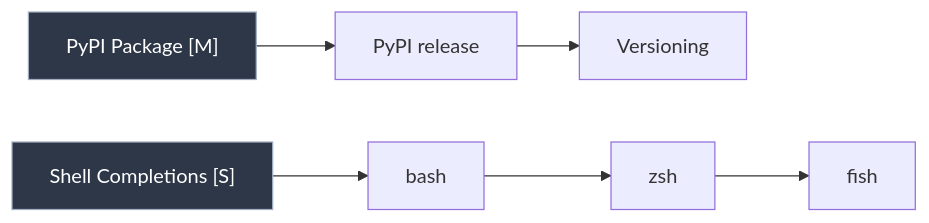
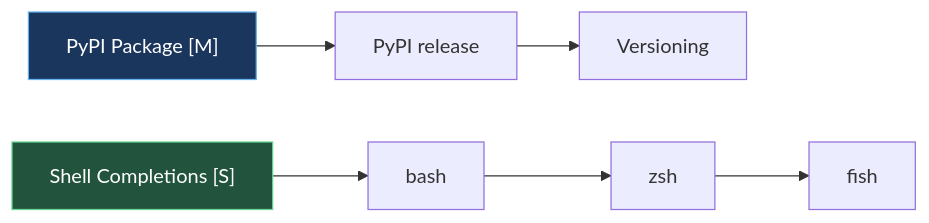
One commit to Miguel-EpicJS/ash-cli changed the sixth of 8 diagrams in ROADMAP.md. Above: the diagram before and after it, drawn with Mermaid. The commit also changed other lines of this file, not shown here.

Commit message:
docs: finalize roadmap for v1.0.0-rc1

````diff
--- a/ROADMAP.md
+++ b/ROADMAP.md
@@ -249,12 +249,12 @@
 ```mermaid
 flowchart LR
     A0["PyPI Package [M]"] --> A1[PyPI release]
     A1 --> A2[Versioning]
     
     B0["Shell Completions [S]"] --> B1[bash]
     B1 --> B2[zsh]
     B2 --> B3[fish]
     
-    style A0 fill:#2d3748,stroke:#a0aec0,color:#fff
-    style B0 fill:#2d3748,stroke:#a0aec0,color:#fff
+    style A0 fill:#1a365d,stroke:#63b3ed,color:#fff
+    style B0 fill:#22543d,stroke:#68d391,color:#fff
 ```
````
